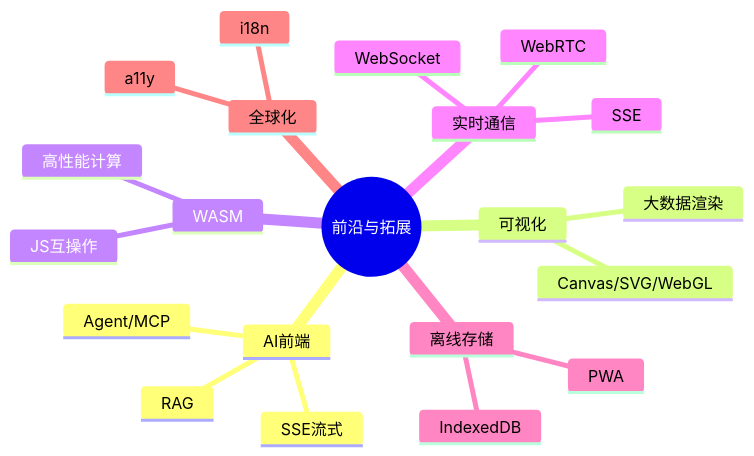
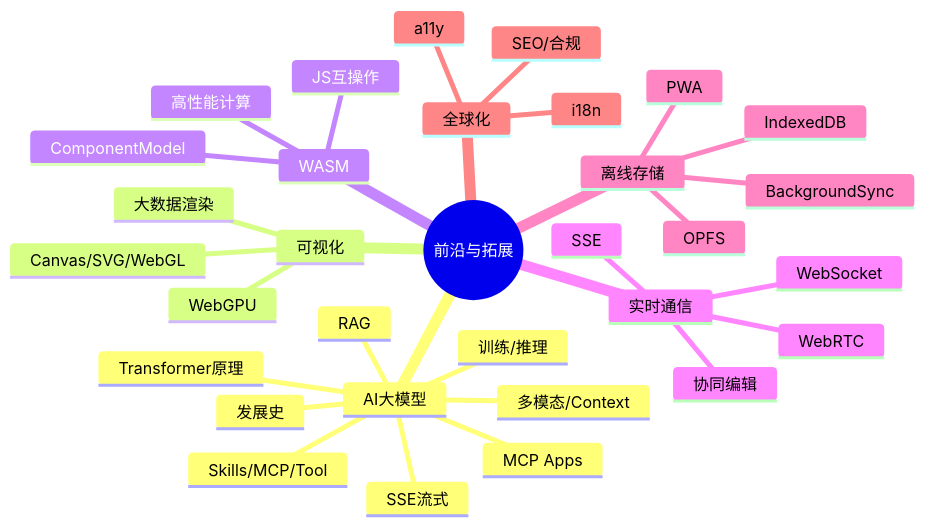
The first of 2 diagrams in 09-前沿与拓展/00-本章导读.md (c-builder/study), drawn with Mermaid before and after one commit. The commit also changed other lines of this file and 10 other files, not shown here.

````diff
--- a/09-前沿与拓展/00-本章导读.md
+++ b/09-前沿与拓展/00-本章导读.md
@@ -9,24 +11,35 @@
 ```mermaid
 mindmap
   root((前沿与拓展))
-    AI前端
+    AI大模型
+      发展史
+      Transformer原理
+      训练/推理
       SSE流式
       RAG
-      Agent/MCP
+      Skills/MCP/Tool
+      MCP Apps
+      多模态/Context
     可视化
       Canvas/SVG/WebGL
       大数据渲染
+      WebGPU
     WASM
       高性能计算
       JS互操作
+      ComponentModel
     实时通信
       WebSocket
       SSE
       WebRTC
+      协同编辑
     离线存储
       IndexedDB
+      OPFS
       PWA
+      BackgroundSync
     全球化
       i18n
       a11y
+      SEO/合规
 ```
````
